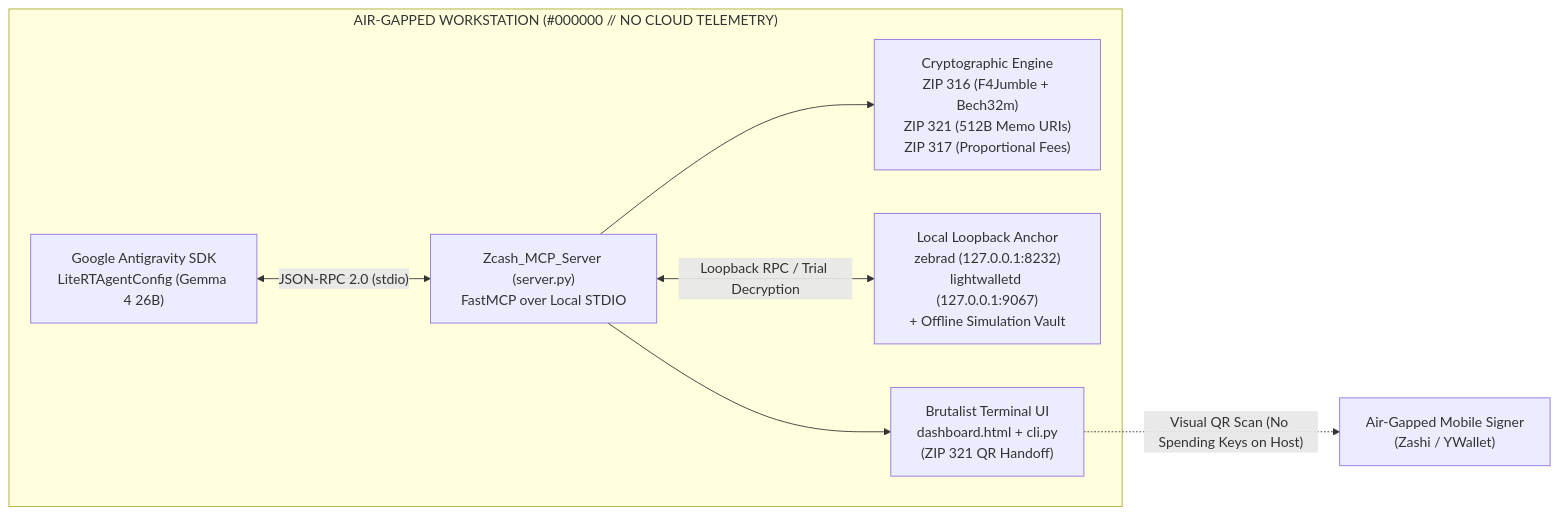
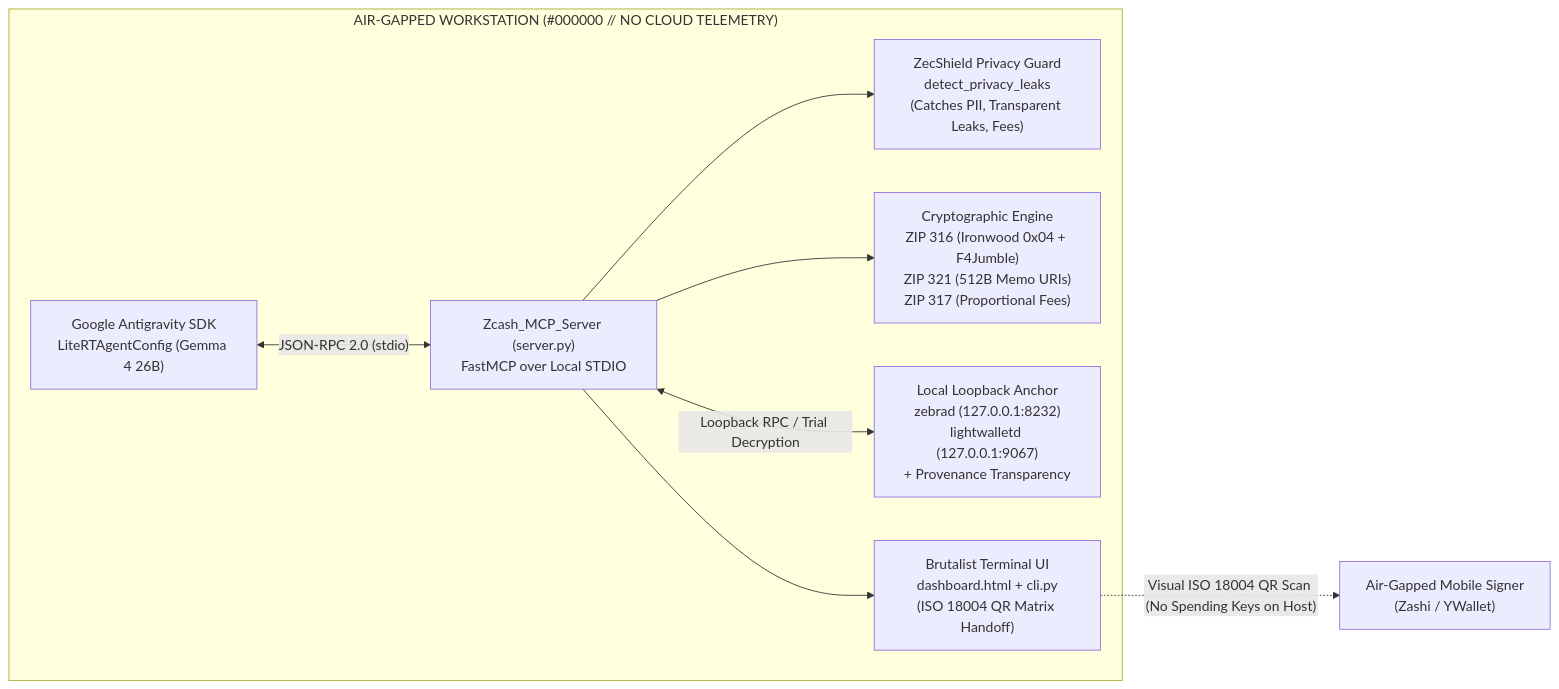
One commit to ademikelz19-hub/zcash-mcp-server changed the diagram in README.md. Above: the diagram before and after it, drawn with Mermaid. The commit also changed other lines of this file and 6 other files, not shown here.

Commit message:
feat(security): ZecShield upgrade - Ironwood 0x04 support, privacy leak detector, fail-closed inputs, reference vectors, and node diagnostics

````diff
--- a/README.md
+++ b/README.md
@@ -20,18 +22,20 @@
 ```mermaid
 flowchart LR
     subgraph LocalWorkstation["AIR-GAPPED WORKSTATION (#000000 // NO CLOUD TELEMETRY)"]
         Agent["Google Antigravity SDK\nLiteRTAgentConfig (Gemma 4 26B)"]
         MCP["Zcash_MCP_Server (server.py)\nFastMCP over Local STDIO"]
-        Crypto["Cryptographic Engine\nZIP 316 (F4Jumble + Bech32m)\nZIP 321 (512B Memo URIs)\nZIP 317 (Proportional Fees)"]
-        Node["Local Loopback Anchor\nzebrad (127.0.0.1:8232)\nlightwalletd (127.0.0.1:9067)\n+ Offline Simulation Vault"]
-        Dashboard["Brutalist Terminal UI\ndashboard.html + cli.py\n(ZIP 321 QR Handoff)"]
+        LeakGuard["ZecShield Privacy Guard\ndetect_privacy_leaks\n(Catches PII, Transparent Leaks, Fees)"]
+        Crypto["Cryptographic Engine\nZIP 316 (Ironwood 0x04 + F4Jumble)\nZIP 321 (512B Memo URIs)\nZIP 317 (Proportional Fees)"]
+        Node["Local Loopback Anchor\nzebrad (127.0.0.1:8232)\nlightwalletd (127.0.0.1:9067)\n+ Provenance Transparency"]
+        Dashboard["Brutalist Terminal UI\ndashboard.html + cli.py\n(ISO 18004 QR Matrix Handoff)"]
     end
 
     Wallet["Air-Gapped Mobile Signer\n(Zashi / YWallet)"]
 
     Agent <-->|"JSON-RPC 2.0 (stdio)"| MCP
+    MCP --> LeakGuard
     MCP --> Crypto
     MCP <-->|"Loopback RPC / Trial Decryption"| Node
     MCP --> Dashboard
-    Dashboard -.->|"Visual QR Scan (No Spending Keys on Host)"| Wallet
+    Dashboard -.->|"Visual ISO 18004 QR Scan (No Spending Keys on Host)"| Wallet
 ```
````
